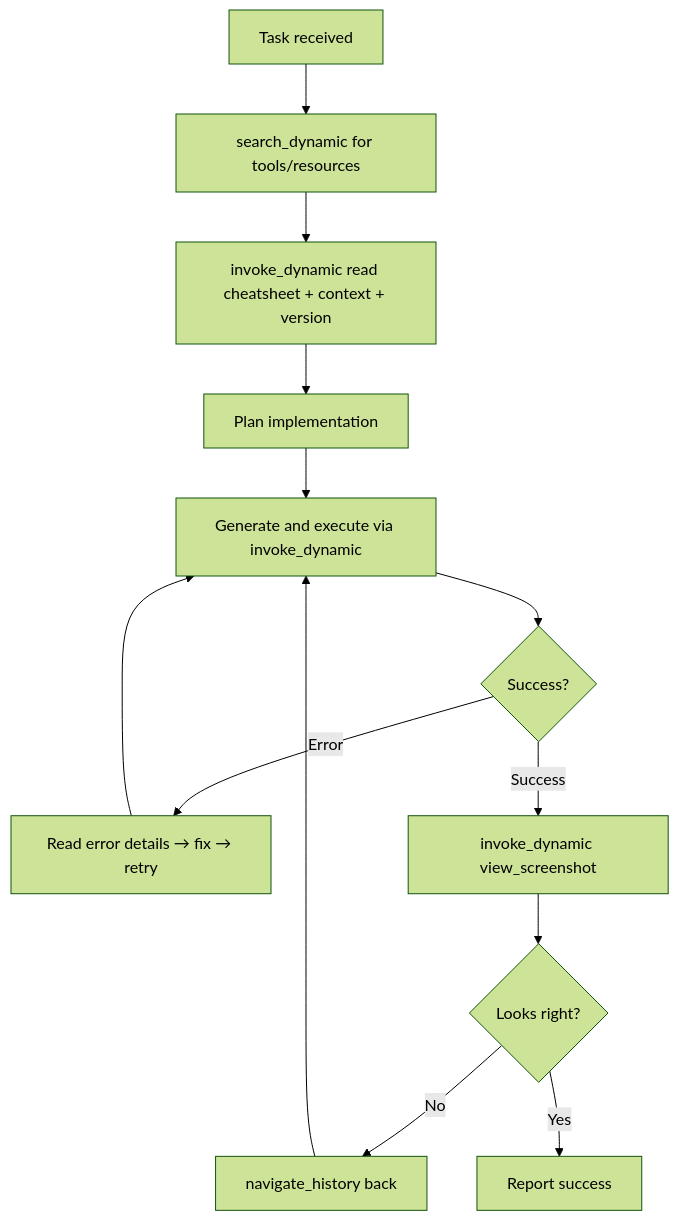
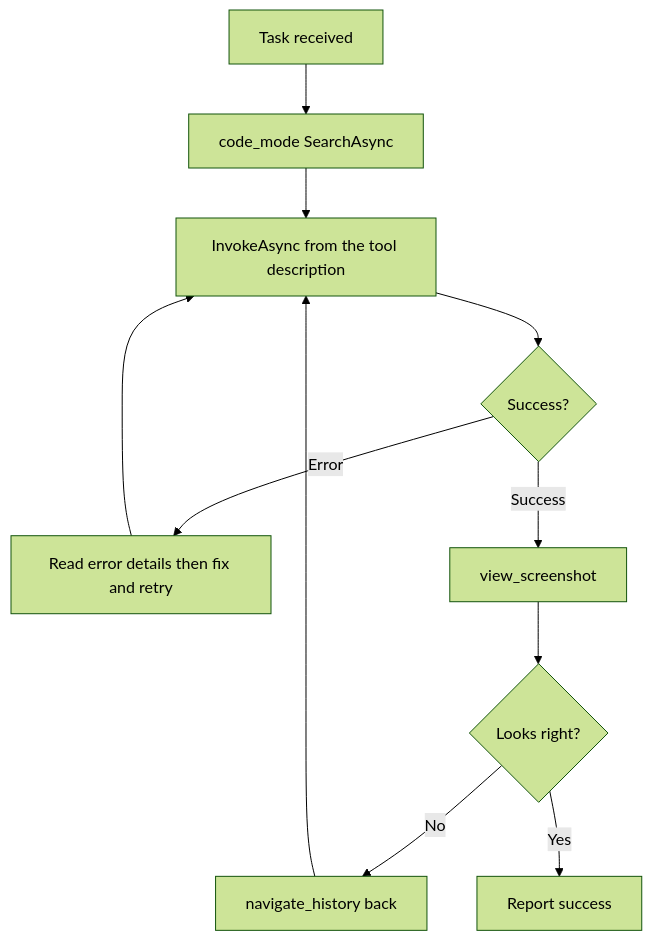
The fourth of 4 diagrams in docs/architecture/MCP/workflows.md (trgiangv/RevitDevTool), drawn with Mermaid (forest theme) before and after one commit. The commit also changed other lines of this file and 9 other files, not shown here.

First line of the commit message:
feat(mcp): put the host entry pattern on execute tools

````diff
--- a/docs/architecture/MCP/workflows.md
+++ b/docs/architecture/MCP/workflows.md
@@ -60,15 +57,13 @@
 ```mermaid
 flowchart TD
-    Start[Task received] --> Search[search_dynamic for tools/resources]
-    Search --> Read[invoke_dynamic read cheatsheet + context + version]
-    Read --> Plan[Plan implementation]
-    Plan --> Code[Generate and execute via invoke_dynamic]
+    Start[Task received] --> Search[code_mode SearchAsync]
+    Search --> Code[InvokeAsync from the tool description]
     Code --> Check{Success?}
-    Check -->|Error| Fix[Read error details → fix → retry]
+    Check -->|Error| Fix[Read error details then fix and retry]
     Fix --> Code
-    Check -->|Success| Verify[invoke_dynamic view_screenshot]
+    Check -->|Success| Verify[view_screenshot]
     Verify --> Visual{Looks right?}
     Visual -->|No| Undo[navigate_history back]
     Undo --> Code
     Visual -->|Yes| Done[Report success]
 ```
````
